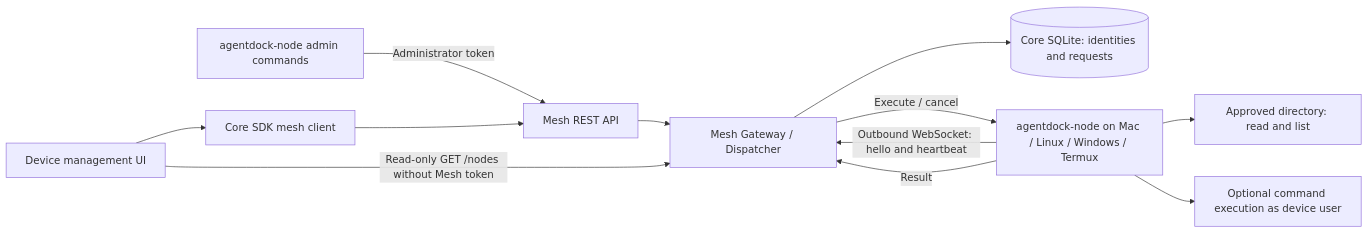
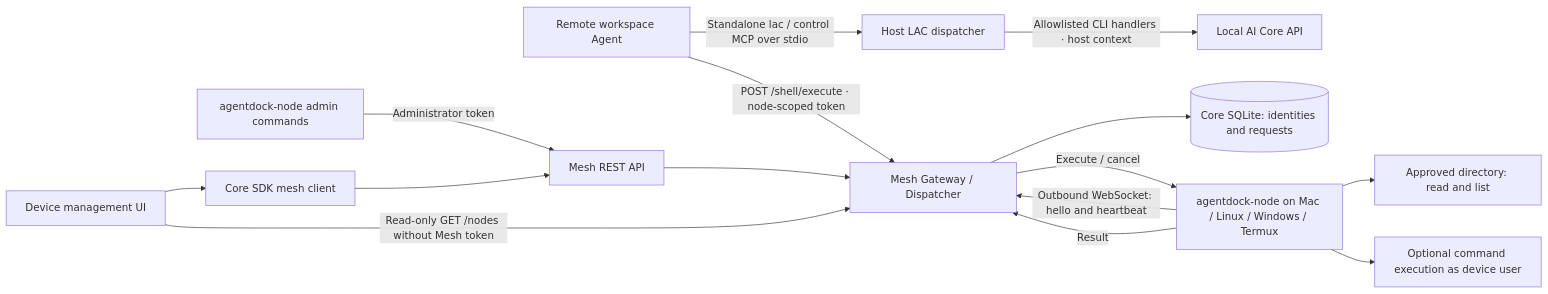
One commit to helloimcx/agentdock changed the diagram in docs/architecture/mesh.md. Above: the diagram before and after it, drawn with Mermaid. The commit also changed other lines of this file and 47 other files, not shown here.

Commit message:
Route remote workspace LAC through host Core

````diff
--- a/docs/architecture/mesh.md
+++ b/docs/architecture/mesh.md
@@ -5,14 +5,17 @@
 ```mermaid
 flowchart LR
   ui[Device management UI] --> sdk[Core SDK mesh client]
   cli[agentdock-node admin commands] -->|Administrator token| api[Mesh REST API]
+  agent[Remote workspace Agent] -->|Standalone lac / control MCP over stdio| lac[Host LAC dispatcher]
+  lac -->|Allowlisted CLI handlers · host context| core[Local AI Core API]
+  agent -->|POST /shell/execute · node-scoped token| gateway
   sdk --> api
   api --> gateway[Mesh Gateway / Dispatcher]
   ui -->|Read-only GET /nodes without Mesh token| gateway
   gateway --> db[(Core SQLite: identities and requests)]
   node[agentdock-node on Mac / Linux / Windows / Termux] -->|Outbound WebSocket: hello and heartbeat| gateway
   gateway -->|Execute / cancel| node
   node -->|Result| gateway
   node --> files[Approved directory: read and list]
   node --> shell[Optional command execution as device user]
 ```
````
